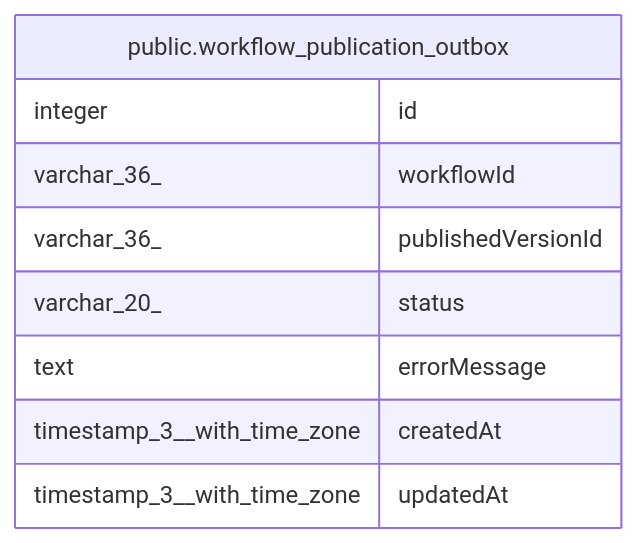
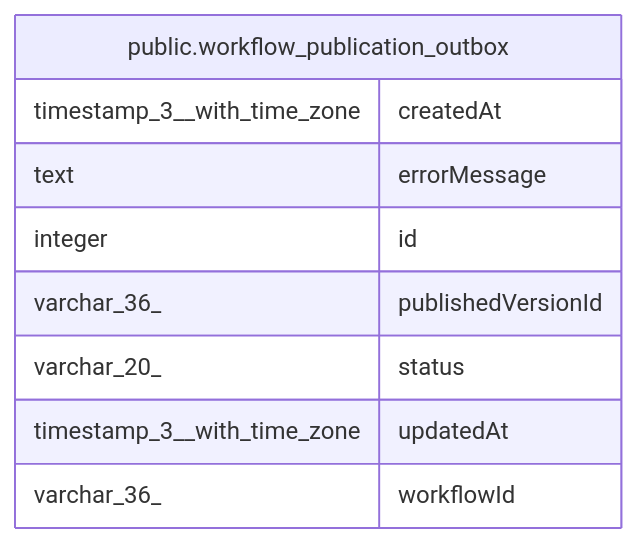
The diagram in docs/generated/postgres-schema/public.workflow_publication_outbox.md (mayankjain1815-commits/n8n), drawn with Mermaid before and after one commit. The commit also changed other lines of this file and 221 other files, not shown here.

Commit message:
chore(core): Make DB schema docs generation deterministic (#32373)

````diff
--- a/docs/generated/postgres-schema/public.workflow_publication_outbox.md
+++ b/docs/generated/postgres-schema/public.workflow_publication_outbox.md
@@ -37,14 +37,14 @@
 ```mermaid
 erDiagram
 
 
 "public.workflow_publication_outbox" {
+  timestamp_3__with_time_zone createdAt
+  text errorMessage
   integer id
-  varchar_36_ workflowId
   varchar_36_ publishedVersionId
   varchar_20_ status
-  text errorMessage
-  timestamp_3__with_time_zone createdAt
   timestamp_3__with_time_zone updatedAt
+  varchar_36_ workflowId
 }
 ```
````
